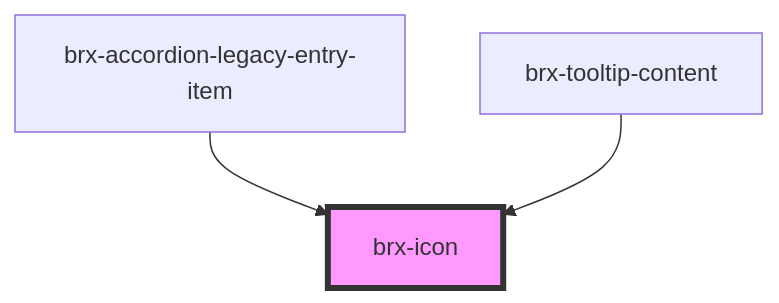
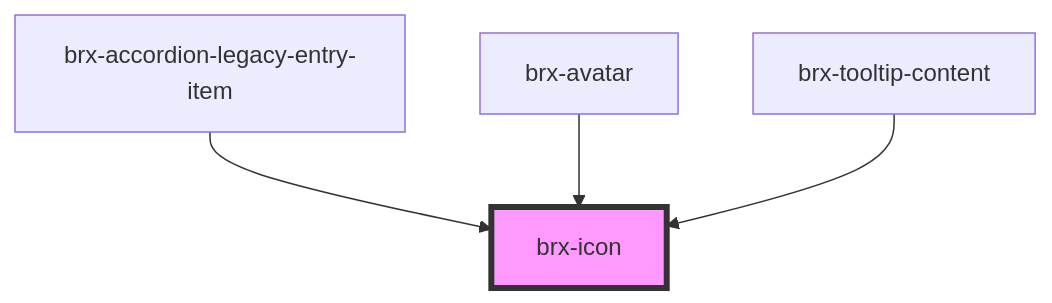
The diagram in packages/core/src/components/brx-icon/readme.md (copperui/copperui), drawn with Mermaid before and after one commit. The commit also changed other lines of this file and 9 other files, not shown here.

First line of the commit message:
feat(core): components: brx-avatar (#3)

````diff
--- a/packages/core/src/components/brx-icon/readme.md
+++ b/packages/core/src/components/brx-icon/readme.md
@@ -24,6 +25,7 @@
 ```mermaid
 graph TD;
   brx-accordion-legacy-entry-item --> brx-icon
+  brx-avatar --> brx-icon
   brx-tooltip-content --> brx-icon
   style brx-icon fill:#f9f,stroke:#333,stroke-width:4px
 ```
````
